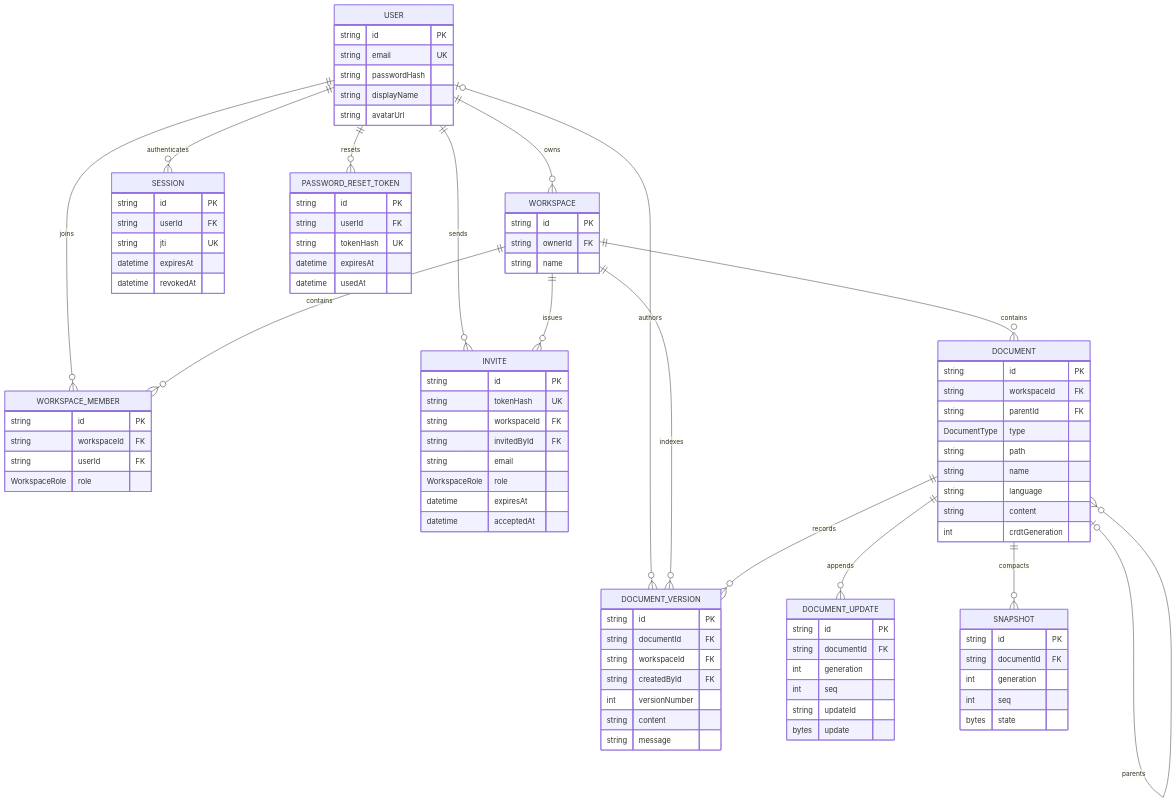
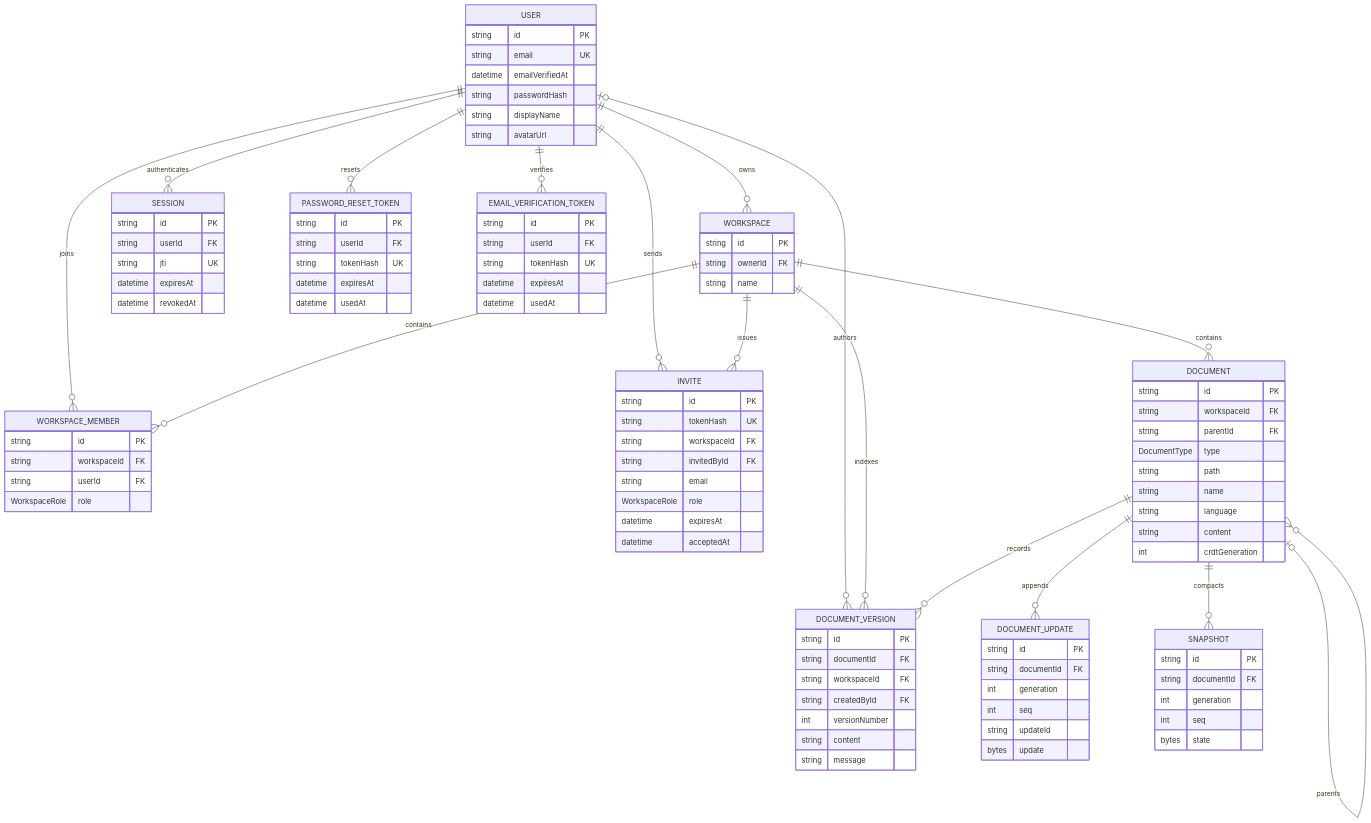
The diagram in docs/explanation/data-model.md (santinomarial/Meridian), drawn with Mermaid before and after one commit. The commit also changed other lines of this file and 4 other files, not shown here.

Commit message:
Document email verification and canonical invite authorization

````diff
--- a/docs/explanation/data-model.md
+++ b/docs/explanation/data-model.md
@@ -10,6 +10,7 @@
     USER ||--o{ WORKSPACE_MEMBER : joins
     USER ||--o{ SESSION : authenticates
     USER ||--o{ PASSWORD_RESET_TOKEN : resets
+    USER ||--o{ EMAIL_VERIFICATION_TOKEN : verifies
     USER ||--o{ INVITE : sends
     USER o|--o{ DOCUMENT_VERSION : authors
     WORKSPACE ||--o{ WORKSPACE_MEMBER : contains
@@ -24,6 +25,7 @@
     USER {
         string id PK
         string email UK
+        datetime emailVerifiedAt
         string passwordHash
         string displayName
         string avatarUrl
@@ -98,4 +100,11 @@
         datetime expiresAt
         datetime usedAt
     }
+    EMAIL_VERIFICATION_TOKEN {
+        string id PK
+        string userId FK
+        string tokenHash UK
+        datetime expiresAt
+        datetime usedAt
+    }
 ```
````
